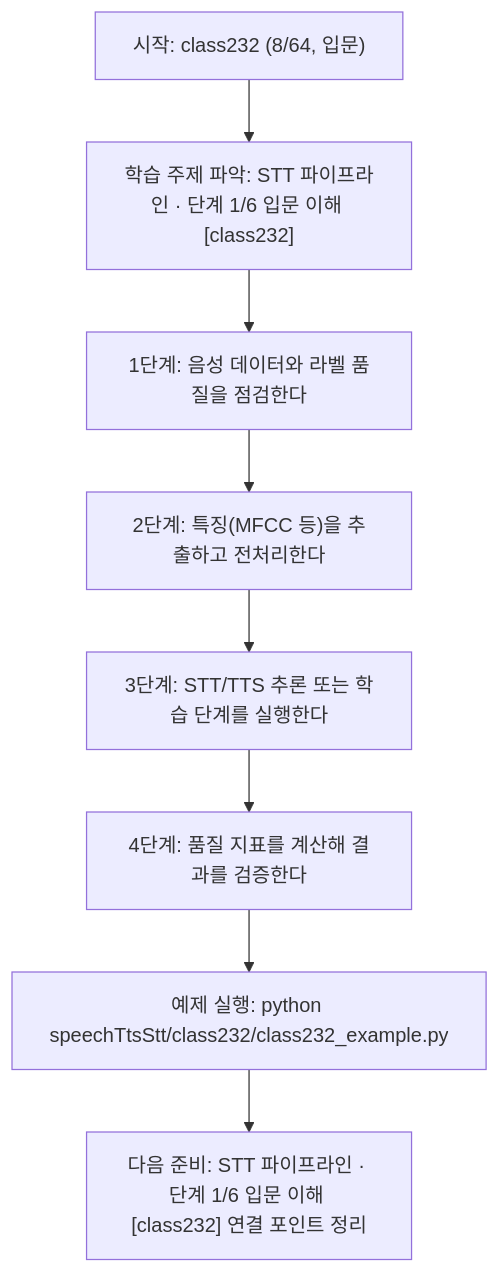
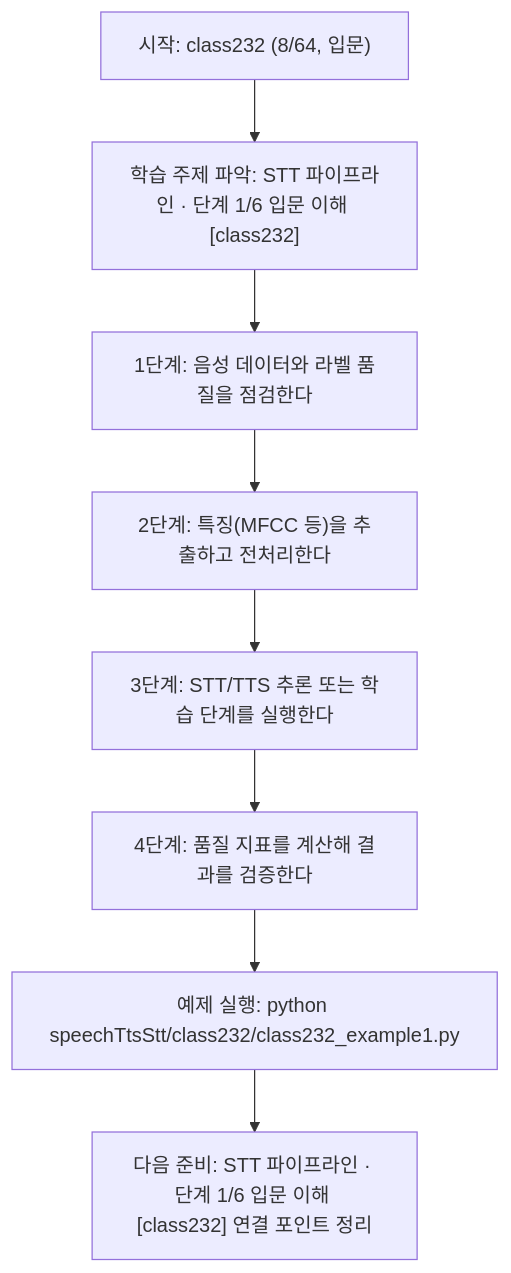
The diagram in speechTtsStt/class232/class232.md (edumgt/Python-AI_Agent-Class), drawn with Mermaid before and after one commit. The commit also changed other lines of this file and 2959 other files, not shown here.

````diff
--- a/speechTtsStt/class232/class232.md
+++ b/speechTtsStt/class232/class232.md
@@ -113,18 +113,18 @@
 ```mermaid
 flowchart TD
 N1["시작: class232 (8/64, 입문)"]
 N2["학습 주제 파악: STT 파이프라인 · 단계 1/6 입문 이해 [class232]"]
 N3["1단계: 음성 데이터와 라벨 품질을 점검한다"]
 N4["2단계: 특징(MFCC 등)을 추출하고 전처리한다"]
 N5["3단계: STT/TTS 추론 또는 학습 단계를 실행한다"]
 N6["4단계: 품질 지표를 계산해 결과를 검증한다"]
-N7["예제 실행: python speechTtsStt/class232/class232_example.py"]
+N7["예제 실행: python speechTtsStt/class232/class232_example1.py"]
 N8["다음 준비: STT 파이프라인 · 단계 1/6 입문 이해 [class232] 연결 포인트 정리"]
 N1 --> N2
 N2 --> N3
 N3 --> N4
 N4 --> N5
 N5 --> N6
 N6 --> N7
 N7 --> N8
 ```
````
